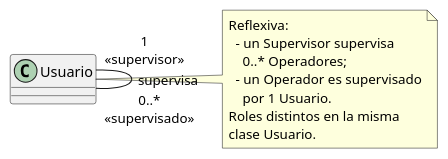
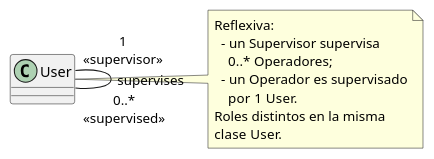
Before and after one commit to jcg-admin/IACT-docs: the diagram in source/requisitos/_metodologia-aplicacion/relaciones-uml/cadena-de-mando-usuario-supervisa-usuario.rst, drawn with PlantUML. The commit also changed 19 other files, not shown here.

First line of the commit message:
Translate identifiers in B-C relaciones-uml/ (T-011..T-030)

```diff
--- a/source/requisitos/_metodologia-aplicacion/relaciones-uml/cadena-de-mando-usuario-supervisa-usuario.rst
+++ b/source/requisitos/_metodologia-aplicacion/relaciones-uml/cadena-de-mando-usuario-supervisa-usuario.rst
@@ -4,16 +4,16 @@
 .. uml::
 
    @startuml
 
-   class Usuario
-   Usuario "1\n<<supervisor>>" -- "0..*\n<<supervisado>>" Usuario : supervisa
-   note right of Usuario
+   class User
+   User "1\n<<supervisor>>" -- "0..*\n<<supervised>>" User : supervises
+   note right of User
      Reflexiva:
        - un Supervisor supervisa
          0..* Operadores;
        - un Operador es supervisado
-         por 1 Usuario.
+         por 1 User.
      Roles distintos en la misma
-     clase Usuario.
+     clase User.
    end note
    @enduml
```
